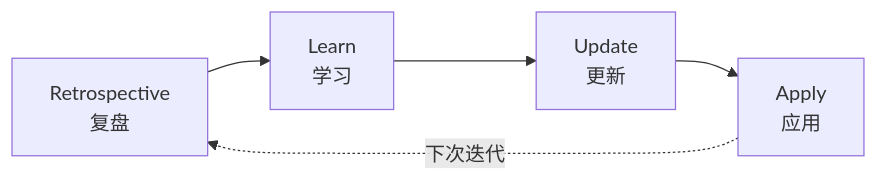
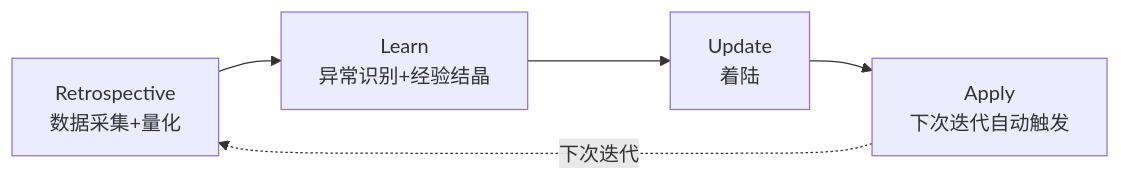
The second of 3 diagrams in skills/pb-v1-retrospective/SKILL.md (chenchiyuan/powerby-skills), drawn with Mermaid before and after one commit. The commit also changed other lines of this file and 46 other files, not shown here.

````diff
--- a/skills/pb-v1-retrospective/SKILL.md
+++ b/skills/pb-v1-retrospective/SKILL.md
@@ -381,7 +558,7 @@
 ```mermaid
 graph LR
-    R[Retrospective<br/>复盘] --> L[Learn<br/>学习]
-    L --> U[Update<br/>更新]
-    U --> A[Apply<br/>应用]
+    R[Retrospective<br/>数据采集+量化] --> L[Learn<br/>异常识别+经验结晶]
+    L --> U[Update<br/>着陆]
+    U --> A[Apply<br/>下次迭代自动触发]
     A -.->|下次迭代| R
 ```
````
